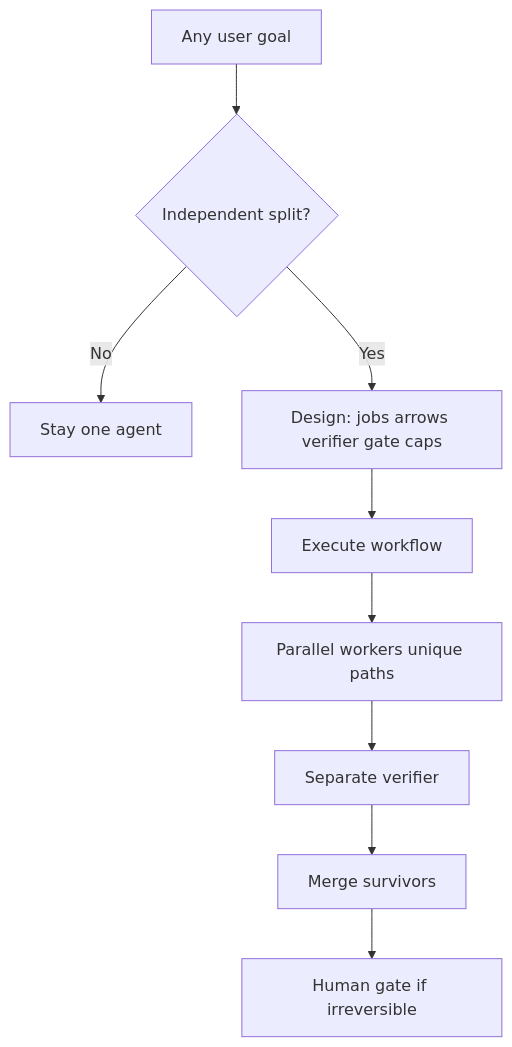
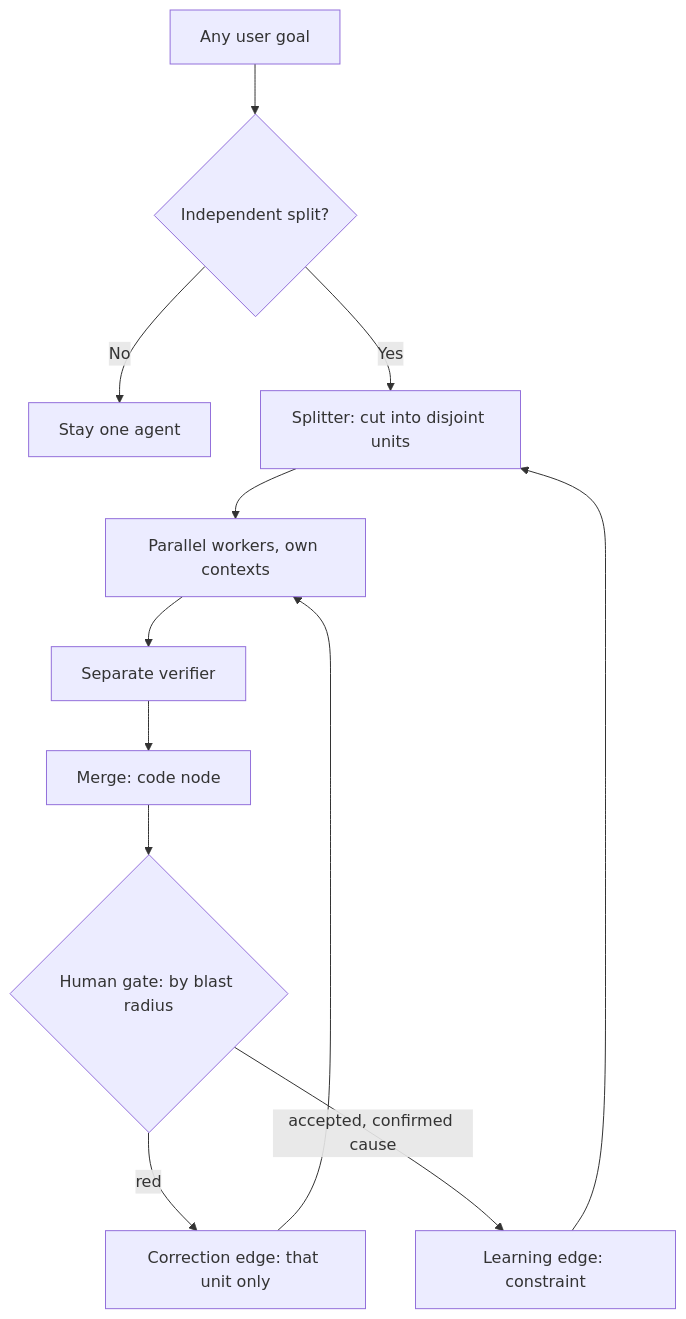
Before and after one commit to kumanaya/graph-engineer: the first of 2 diagrams in README.md, drawn with Mermaid. The commit also changed other lines of this file and 13 other files, not shown here.

First line of the commit message:
Add the loop half to graph-engineer: green conditions, node kinds, gate lanes, return paths; rewrite README for GitHub markdown. Version bump to 3.0.0.

````diff
--- a/README.md
+++ b/README.md
@@ -72,11 +43,14 @@
 ```mermaid
 flowchart TD
   Req[Any user goal] --> Decide{Independent split?}
   Decide -->|No| One[Stay one agent]
-  Decide -->|Yes| Spec[Design: jobs arrows verifier gate caps]
-  Spec --> Exec[Execute workflow]
-  Exec --> Fan[Parallel workers unique paths]
+  Decide -->|Yes| Split[Splitter: cut into disjoint units]
+  Split --> Fan[Parallel workers, own contexts]
   Fan --> Ver[Separate verifier]
-  Ver --> Merge[Merge survivors]
-  Merge --> Gate[Human gate if irreversible]
+  Ver --> Merge[Merge: code node]
+  Merge --> Gate{Human gate: by blast radius}
+  Gate -->|red| Back[Correction edge: that unit only]
+  Back --> Fan
+  Gate -->|accepted, confirmed cause| Learn[Learning edge: constraint]
+  Learn --> Split
 ```
````
